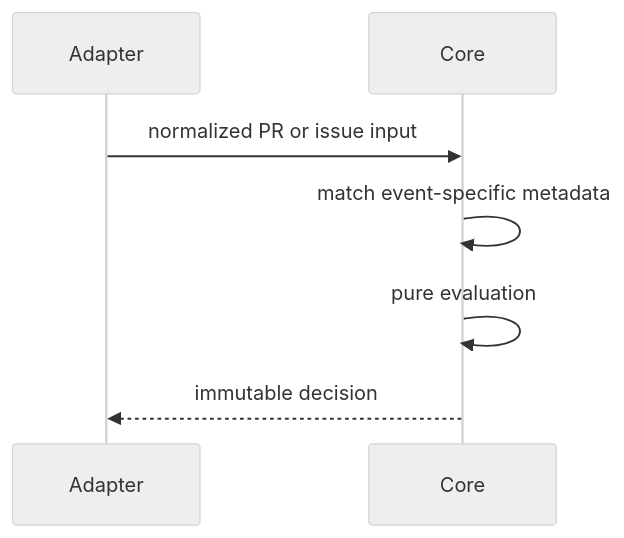
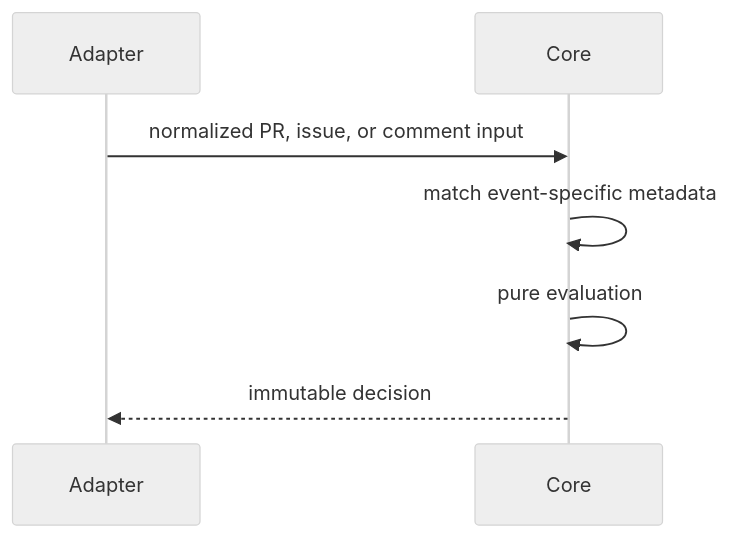
Before and after one commit to streamentry/AGENTOWNERS: the third of 4 diagrams in packages/core/AGENTS.md, drawn with Mermaid (neutral theme). The commit also changed other lines of this file and 9 other files, not shown here.

Commit message:
fix(action): preserve issue comment context

````diff
--- a/packages/core/AGENTS.md
+++ b/packages/core/AGENTS.md
@@ -59,9 +59,9 @@
 ```mermaid
 sequenceDiagram
   participant Adapter
   participant Core
-  Adapter->>Core: normalized PR or issue input
+  Adapter->>Core: normalized PR, issue, or comment input
   Core->>Core: match event-specific metadata
   Core->>Core: pure evaluation
   Core-->>Adapter: immutable decision
 ```
````
